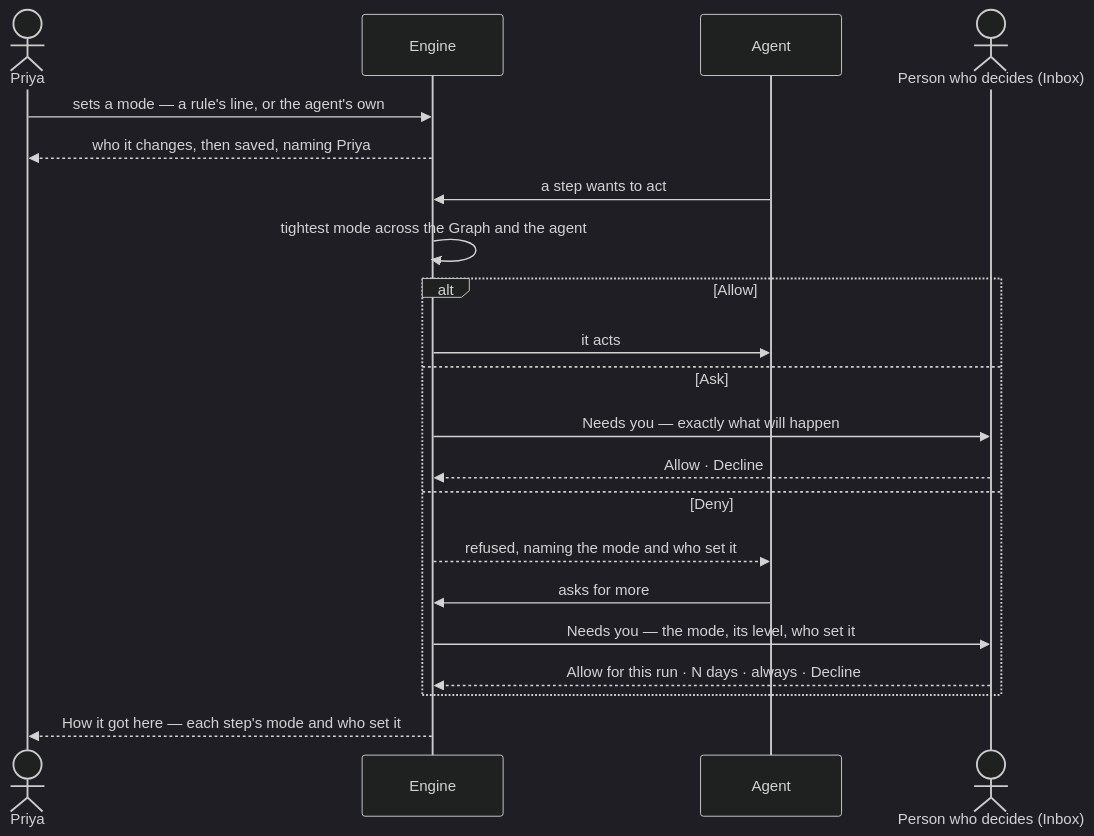
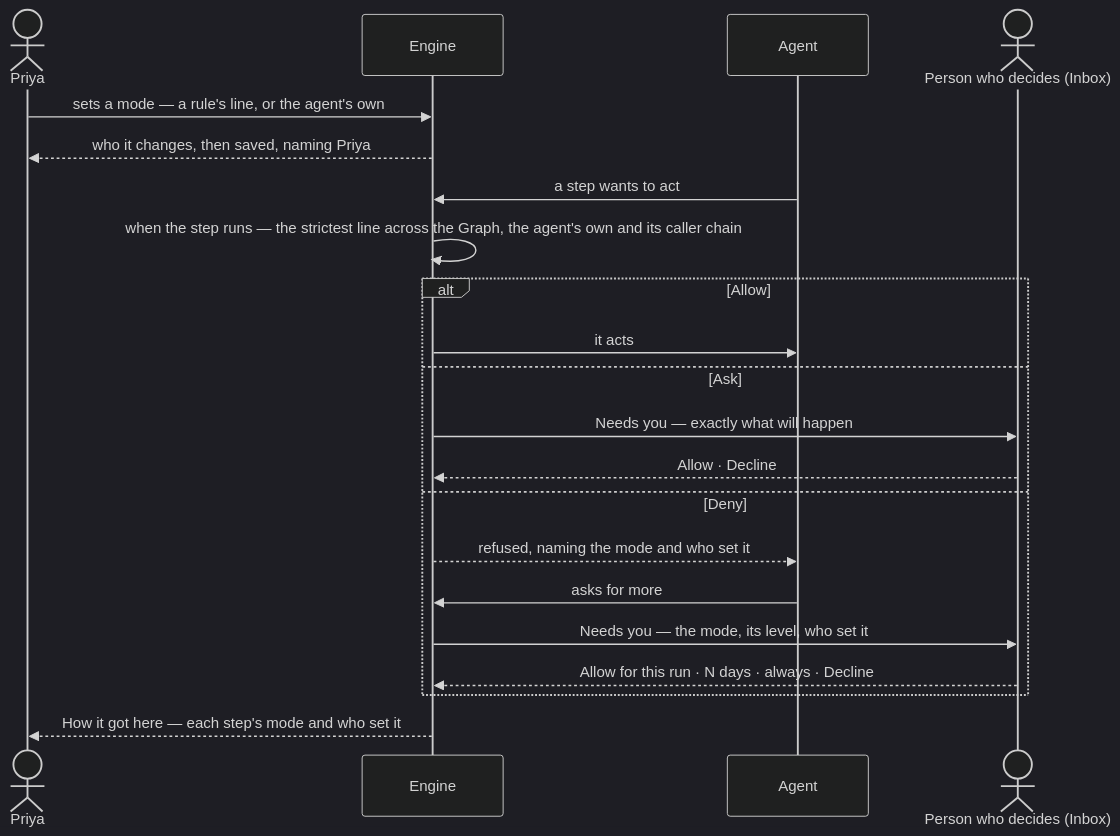
Before and after one commit to invana/invana: the second of 2 diagrams in specs/journeys/J06-set-what-an-agent-may-touch.md, drawn with Mermaid (dark theme). The commit also changed other lines of this file and 28 other files, not shown here.

````diff
--- a/specs/journeys/J06-set-what-an-agent-may-touch.md
+++ b/specs/journeys/J06-set-what-an-agent-may-touch.md
@@ -41,23 +41,23 @@
 ```mermaid
 sequenceDiagram
   actor P as Priya
   participant E as Engine
   participant A as Agent
   actor D as Person who decides (Inbox)
   P->>E: sets a mode — a rule's line, or the agent's own
   E-->>P: who it changes, then saved, naming Priya
   A->>E: a step wants to act
-  E->>E: tightest mode across the Graph and the agent
+  E->>E: when the step runs — the strictest line across the Graph, the agent's own and its caller chain
   alt Allow
     E->>A: it acts
   else Ask
     E->>D: Needs you — exactly what will happen
     D-->>E: Allow · Decline
   else Deny
     E-->>A: refused, naming the mode and who set it
     A->>E: asks for more
     E->>D: Needs you — the mode, its level, who set it
     D-->>E: Allow for this run · N days · always · Decline
   end
   E-->>P: How it got here — each step's mode and who set it
 ```
````
